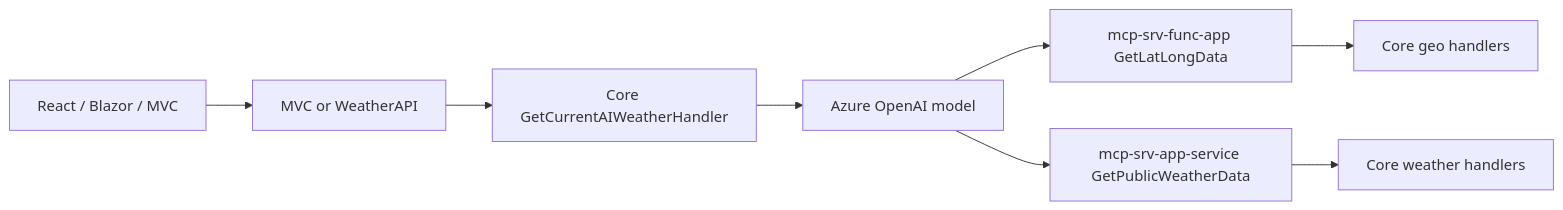
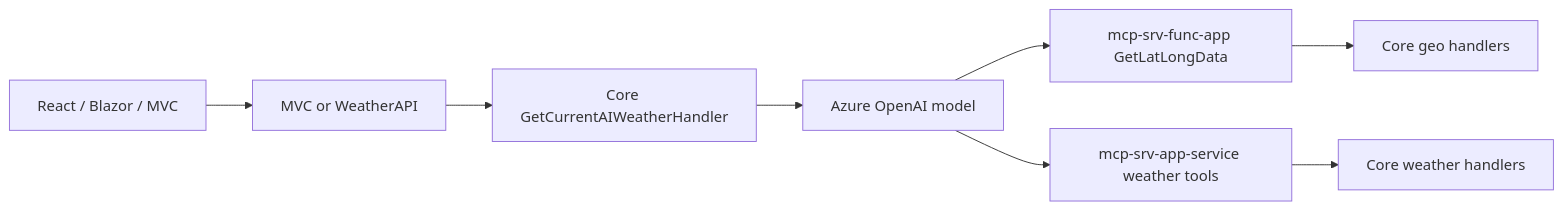
One commit to dustinkorzaan/weather-1116 changed the second of 2 diagrams in docs/architecture.md. Above: the diagram before and after it, drawn with Mermaid. The commit also changed other lines of this file and 32 other files, not shown here.

First line of the commit message:
Add public weather current, forecast, and history tools.

````diff
--- a/docs/architecture.md
+++ b/docs/architecture.md
@@ -94,19 +94,19 @@
 ```mermaid
 flowchart LR
   UI[React / Blazor / MVC]
   API[MVC or WeatherAPI]
   Core[Core GetCurrentAIWeatherHandler]
   Model[Azure OpenAI model]
   McpSrvFuncApp[mcp-srv-func-app GetLatLongData]
-  McpSrvAppService[mcp-srv-app-service GetPublicWeatherData]
+  McpSrvAppService[mcp-srv-app-service weather tools]
   CoreGeo[Core geo handlers]
   CoreWx[Core weather handlers]
 
   UI --> API
   API --> Core
   Core --> Model
   Model --> McpSrvFuncApp
   Model --> McpSrvAppService
   McpSrvFuncApp --> CoreGeo
   McpSrvAppService --> CoreWx
 ```
````
